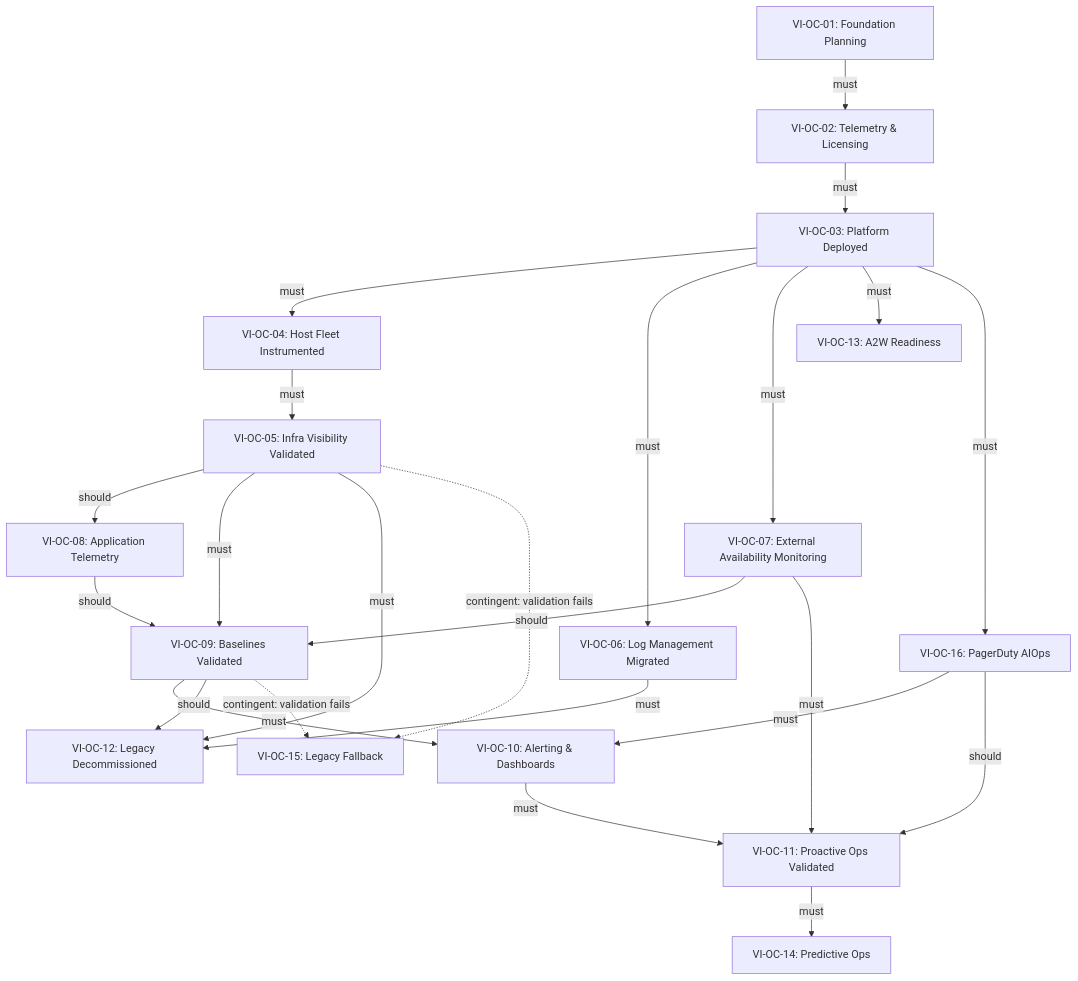
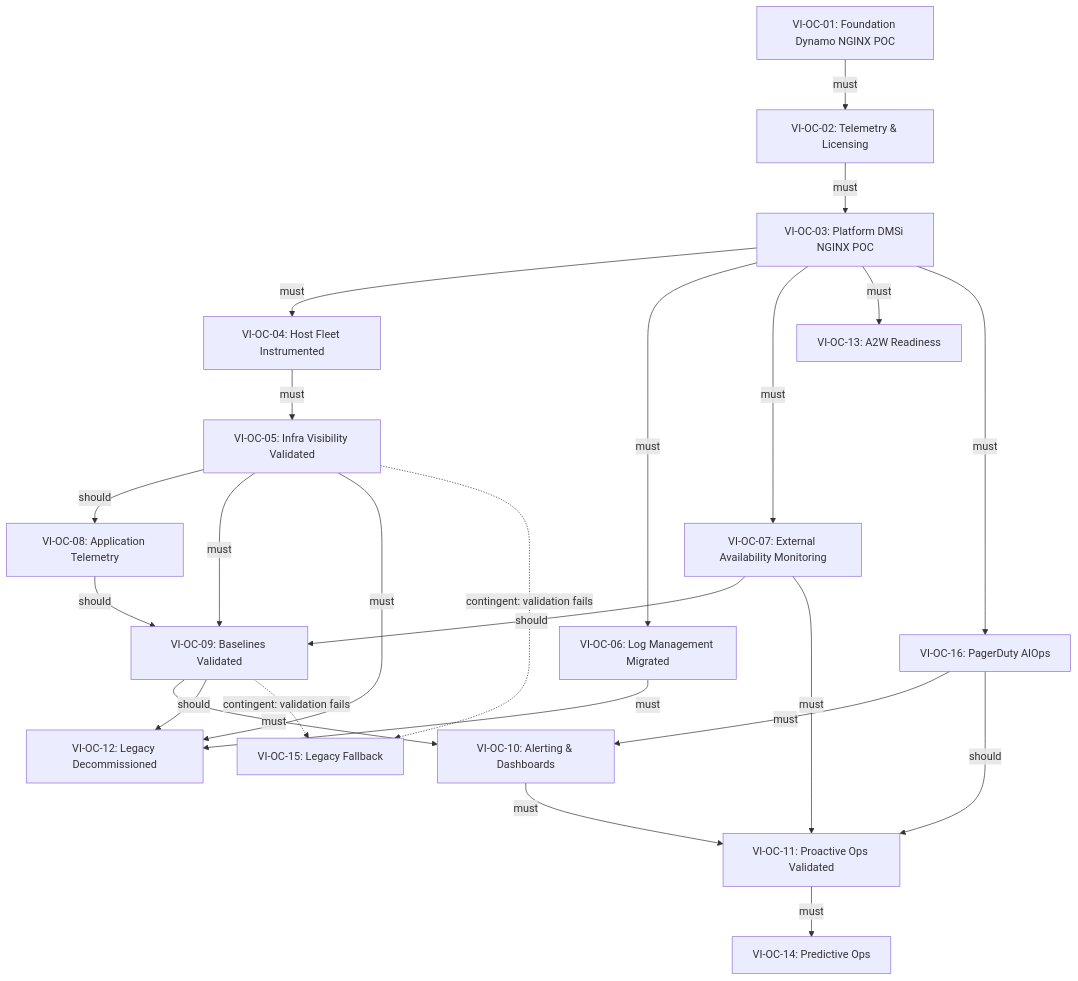
One commit to ndkramer/DMSi-Ops-Readiness-II-Plan changed the diagram in WSA/VI/VI-WBS.md. Above: the diagram before and after it, drawn with Mermaid. The commit also changed other lines of this file and 5 other files, not shown here.

First line of the commit message:
VI-WBS: split OC-01 (Dynamo NGINX POC) vs OC-03 (DMSi NGINX POC); move 01.4-7 to 03.5-8; M3 for OC-03

````diff
--- a/WSA/VI/VI-WBS.md
+++ b/WSA/VI/VI-WBS.md
@@ -74,26 +74,26 @@
 ```mermaid
 graph TD
-    VI-OC-01[VI-OC-01: Foundation Planning] -->|must| VI-OC-02[VI-OC-02: Telemetry & Licensing]
-    VI-OC-02 -->|must| VI-OC-03[VI-OC-03: Platform Deployed]
+    VI-OC-01[VI-OC-01: Foundation Dynamo NGINX POC] -->|must| VI-OC-02[VI-OC-02: Telemetry & Licensing]
+    VI-OC-02 -->|must| VI-OC-03[VI-OC-03: Platform DMSi NGINX POC]
     VI-OC-03 -->|must| VI-OC-04[VI-OC-04: Host Fleet Instrumented]
     VI-OC-03 -->|must| VI-OC-06[VI-OC-06: Log Management Migrated]
     VI-OC-03 -->|must| VI-OC-07[VI-OC-07: External Availability Monitoring]
     VI-OC-03 -->|must| VI-OC-13[VI-OC-13: A2W Readiness]
     VI-OC-04 -->|must| VI-OC-05[VI-OC-05: Infra Visibility Validated]
     VI-OC-05 -->|should| VI-OC-08[VI-OC-08: Application Telemetry]
     VI-OC-05 -->|must| VI-OC-09[VI-OC-09: Baselines Validated]
     VI-OC-07 -->|should| VI-OC-09
     VI-OC-08 -->|should| VI-OC-09
     VI-OC-09 -->|must| VI-OC-10[VI-OC-10: Alerting & Dashboards]
     VI-OC-10 -->|must| VI-OC-11[VI-OC-11: Proactive Ops Validated]
     VI-OC-07 -->|must| VI-OC-11
     VI-OC-05 -->|must| VI-OC-12[VI-OC-12: Legacy Decommissioned]
     VI-OC-06 -->|must| VI-OC-12
     VI-OC-09 -->|should| VI-OC-12
     VI-OC-11 -->|must| VI-OC-14[VI-OC-14: Predictive Ops]
     VI-OC-05 -.->|contingent: validation fails| VI-OC-15[VI-OC-15: Legacy Fallback]
     VI-OC-09 -.->|contingent: validation fails| VI-OC-15
     VI-OC-03 -->|must| VI-OC-16[VI-OC-16: PagerDuty AIOps]
     VI-OC-16 -->|must| VI-OC-10
     VI-OC-16 -->|should| VI-OC-11
 ```
````
